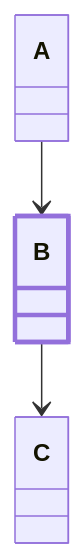
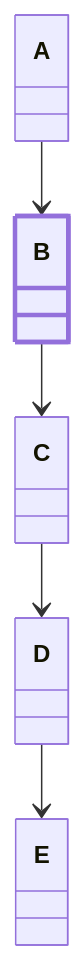
One commit to mermaid-js/mermaid-v13 changed the diagram in e2e/diagrams/class-diagram/nightly-check/style-comma-values.mmd. Above: the diagram before and after it, drawn with Mermaid. The commit also changed 8 other files, not shown here.

First line of the commit message:
fix(style): join comma pieces per statement before merging class styles (#1312, D706)

```diff
--- a/e2e/diagrams/class-diagram/nightly-check/style-comma-values.mmd
+++ b/e2e/diagrams/class-diagram/nightly-check/style-comma-values.mmd
@@ -1,15 +1,26 @@
 ---
 description: >-
   A comma inside a style value (#1312, D706): rgb() and hsl() colours and a font-family list
-  are kept whole. v12 dropped the pieces after each comma.
+  are kept whole, also when two values or two classDefs share pieces (D and E). v12 dropped
+  the pieces after each comma.
 ---
 classDiagram
   class A
   class B
   class C
+  class D
+  class E
   A --> B
   B --> C
+  C --> D
+  D --> E
   style A fill:rgb(255, 200, 200)
   style B stroke:hsl(210, 60%, 40%),stroke-width:3px
   classDef serif color:#333,font-family:Georgia, "Times New Roman", serif
   cssClass "C" serif
+  classDef red fill:rgb(255, 0, 0),stroke:rgb(0, 0, 0)
+  cssClass "D" red
+  classDef blue stroke:rgb(10, 0, 0)
+  classDef pink fill:rgb(255, 0, 0)
+  cssClass "E" blue
+  cssClass "E" pink
```
